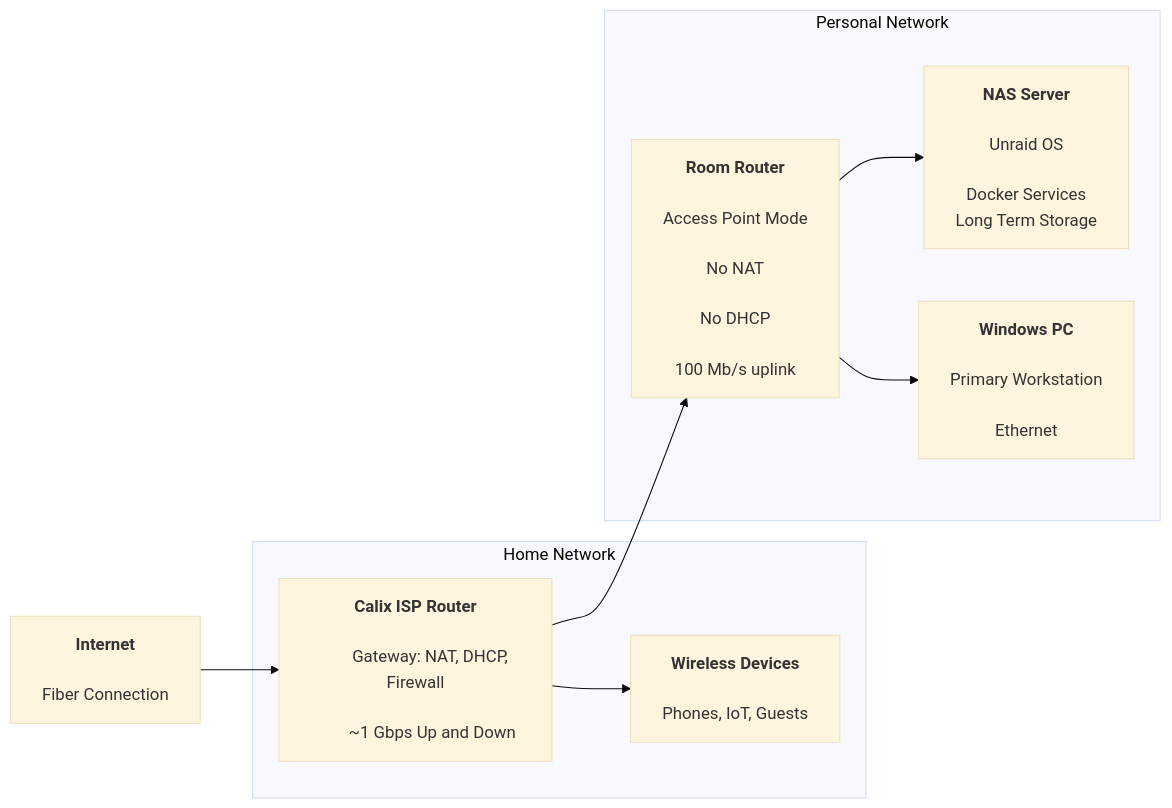
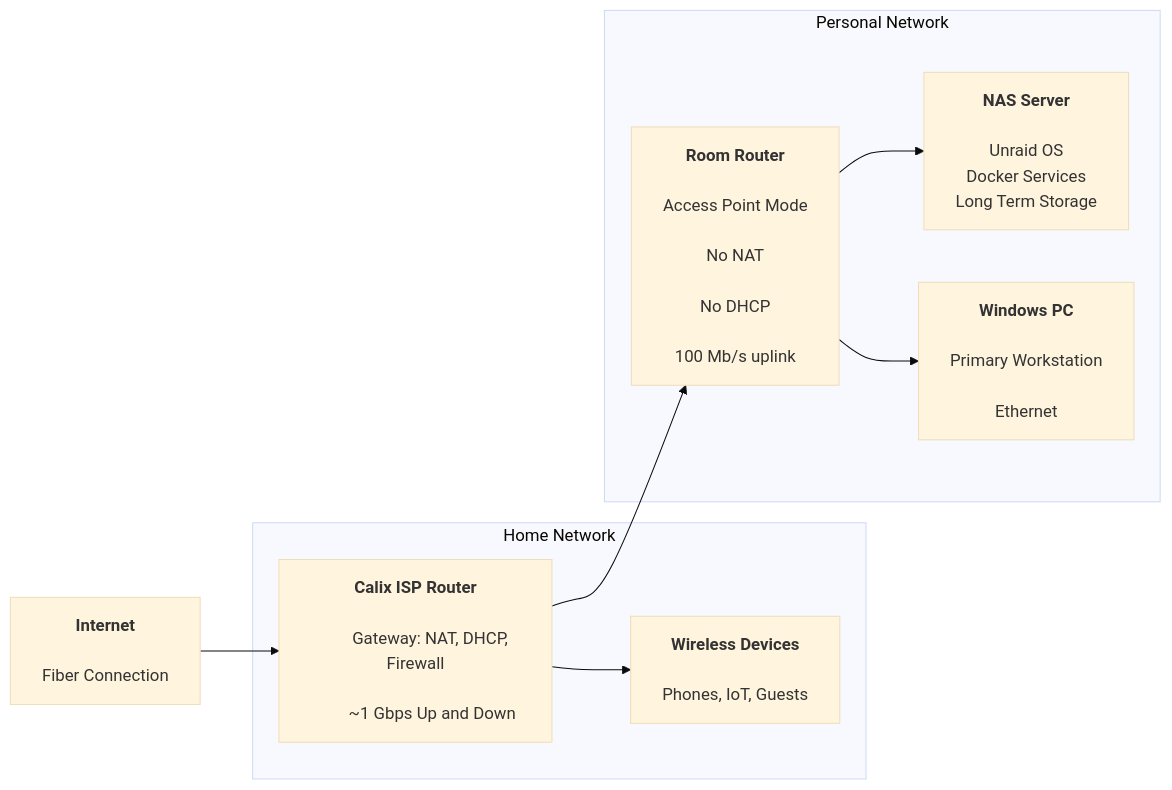
Before and after one commit to Grantm14/personal-nas: the diagram in docs/overview-network.md, drawn with Mermaid (base theme).

````diff
--- a/docs/overview-network.md
+++ b/docs/overview-network.md
@@ -1,56 +1,57 @@
 ```mermaid
 flowchart LR
     %% Internet
     Internet[
     <b>Internet</b><br/>
     Fiber Connection
     ]
 
     %% Home / ISP Network
     subgraph ISP["Home Network"]
         Calix[
         <b>Calix ISP Router</b><br/>
         Gateway: NAT, DHCP, Firewall<br/>
         ~1 Gbps Up and Down
         ]
 
         Wireless[
         <b>Wireless Devices</b><br/>
         Phones, IoT, Guests
         ]
     end
 
     %% Personal Network
     subgraph Personal["Personal Network"]
         RoomRouter[
         <b>Room Router</b><br/>
         Access Point Mode<br/>
         No NAT<br/>
         No DHCP<br/>
         100 Mb/s uplink
         ]
 
         NAS[
         <b>NAS Server</b><br/>
-        Unraid OS<br/>
+        Unraid OS
         Docker Services
         Long Term Storage
         
         ]
 
         PC[
         <b>Windows PC</b><br/>
         Primary Workstation<br/>
         Ethernet
         ]
     end
 
     %% Connections
     Internet --> Calix
     Calix --> RoomRouter
     Calix --> Wireless
     RoomRouter --> NAS
     RoomRouter --> PC
-click NAS "nas-structure.md"
+click NAS "https://github.com/Grantm14/personal-nas/blob/main/docs/nas-structure.md"
+
 
 ```
````
